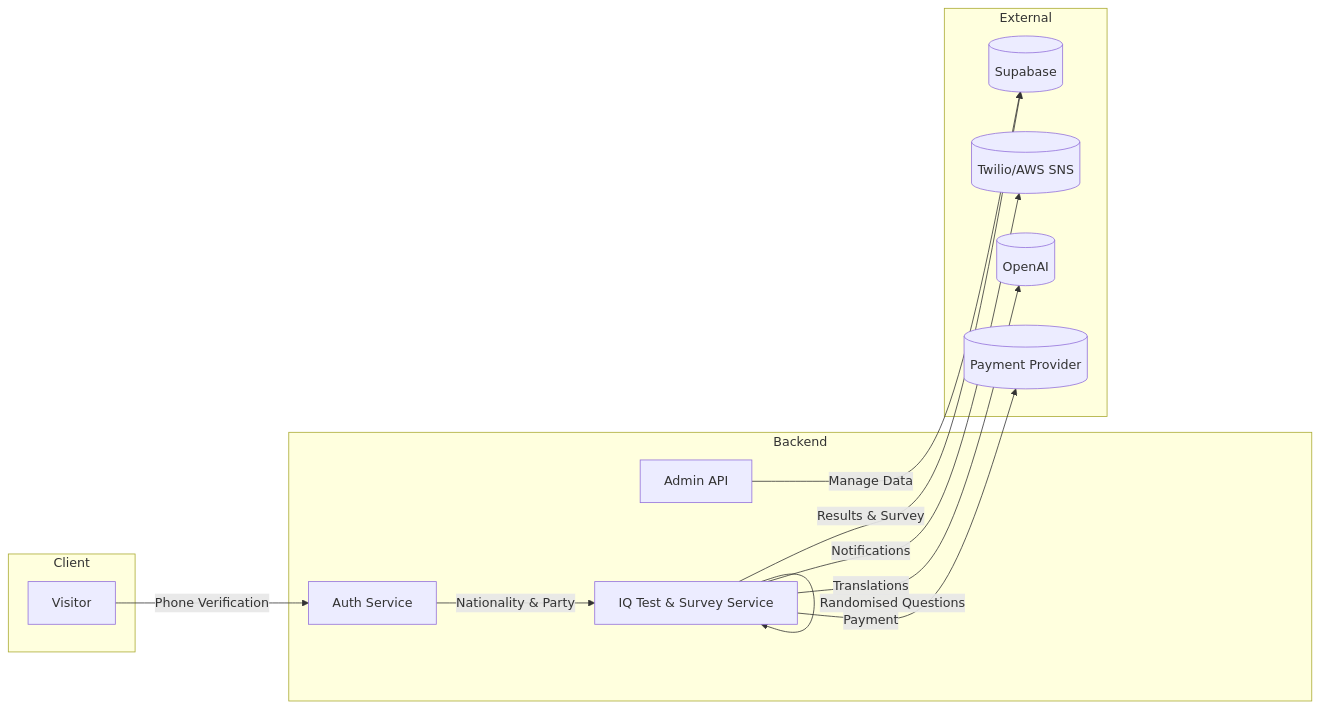
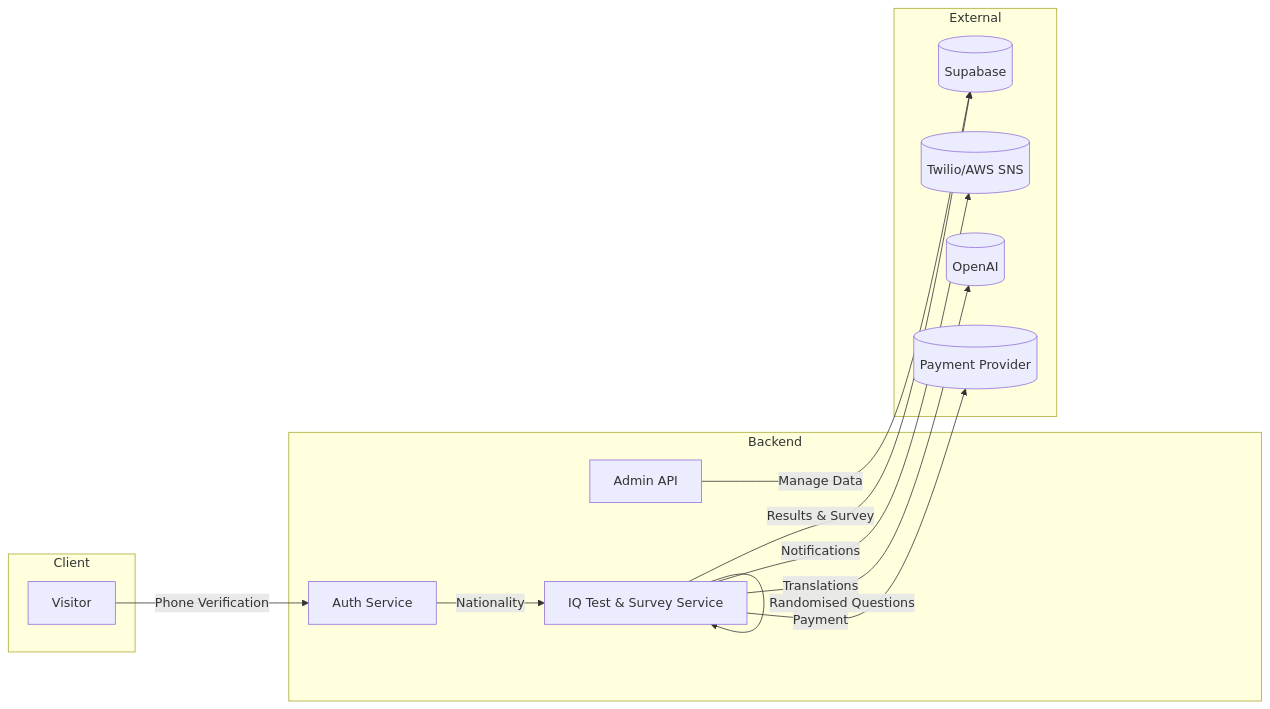
Before and after one commit to AKovacs555/IQtestWithPoliticalPreference: the diagram in docs/ARCHITECTURE.md, drawn with Mermaid. The commit also changed other lines of this file and 16 other files, not shown here.

````diff
--- a/docs/ARCHITECTURE.md
+++ b/docs/ARCHITECTURE.md
@@ -5,26 +5,26 @@
 ```mermaid
 flowchart LR
     subgraph Client
         A[Visitor]
     end
     subgraph Backend
         B[Auth Service]
         C[IQ Test & Survey Service]
         D[Admin API]
     end
     subgraph External
         E[(Supabase)]
         F[(Twilio/AWS SNS)]
         G[(OpenAI)]
         H[(Payment Provider)]
     end
 
     A -->|Phone Verification| B
-    B -->|Nationality & Party| C
+    B -->|Nationality| C
     C -->|Randomised Questions| C
     C -->|Results & Survey| E
     C -->|Notifications| F
     C -->|Translations| G
     C -->|Payment| H
     D -->|Manage Data| E
 ```
````
